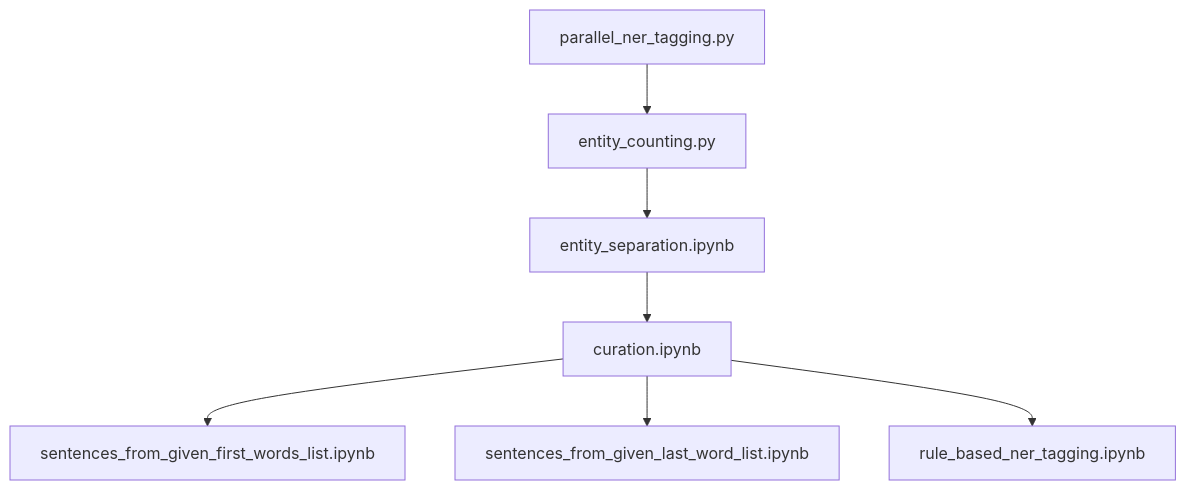
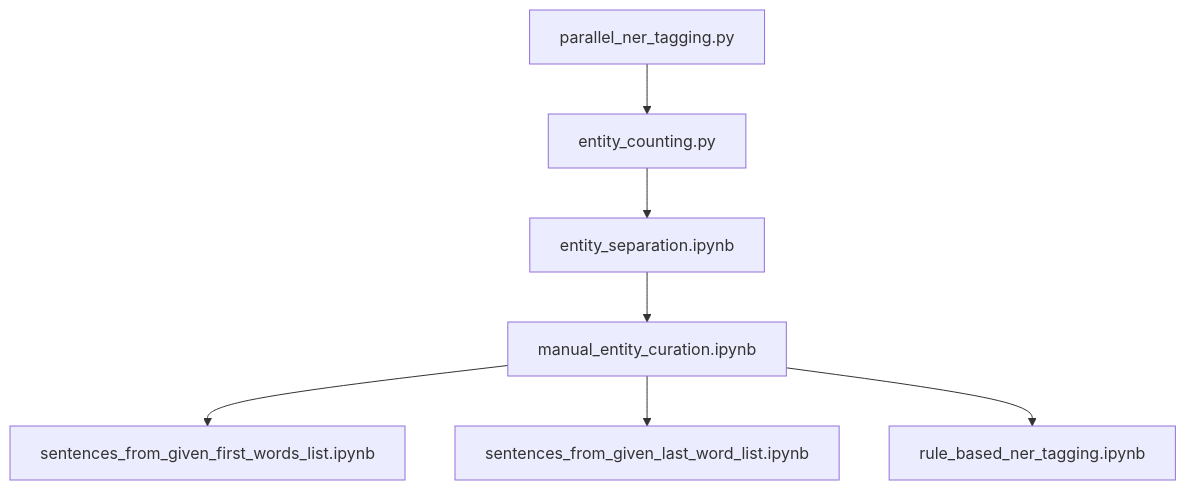
One commit to estnltk/estnltk-model-training changed the first of 7 diagrams in statistical_ner_labelling/readme.md. Above: the diagram before and after it, drawn with Mermaid. The commit also changed other lines of this file and 28 other files, not shown here.

````diff
--- a/statistical_ner_labelling/readme.md
+++ b/statistical_ner_labelling/readme.md
@@ -5,9 +6,9 @@
 ```mermaid
 graph TD;
     parallel_ner_tagging.py-->entity_counting.py;
     entity_counting.py-->entity_separation.ipynb;
-    entity_separation.ipynb-->curation.ipynb;
-    curation.ipynb-->sentences_from_given_first_words_list.ipynb;
-    curation.ipynb-->sentences_from_given_last_word_list.ipynb;
-    curation.ipynb-->rule_based_ner_tagging.ipynb;
+    entity_separation.ipynb-->manual_entity_curation.ipynb;
+    manual_entity_curation.ipynb-->sentences_from_given_first_words_list.ipynb;
+    manual_entity_curation.ipynb-->sentences_from_given_last_word_list.ipynb;
+    manual_entity_curation.ipynb-->rule_based_ner_tagging.ipynb;
 ```
````
